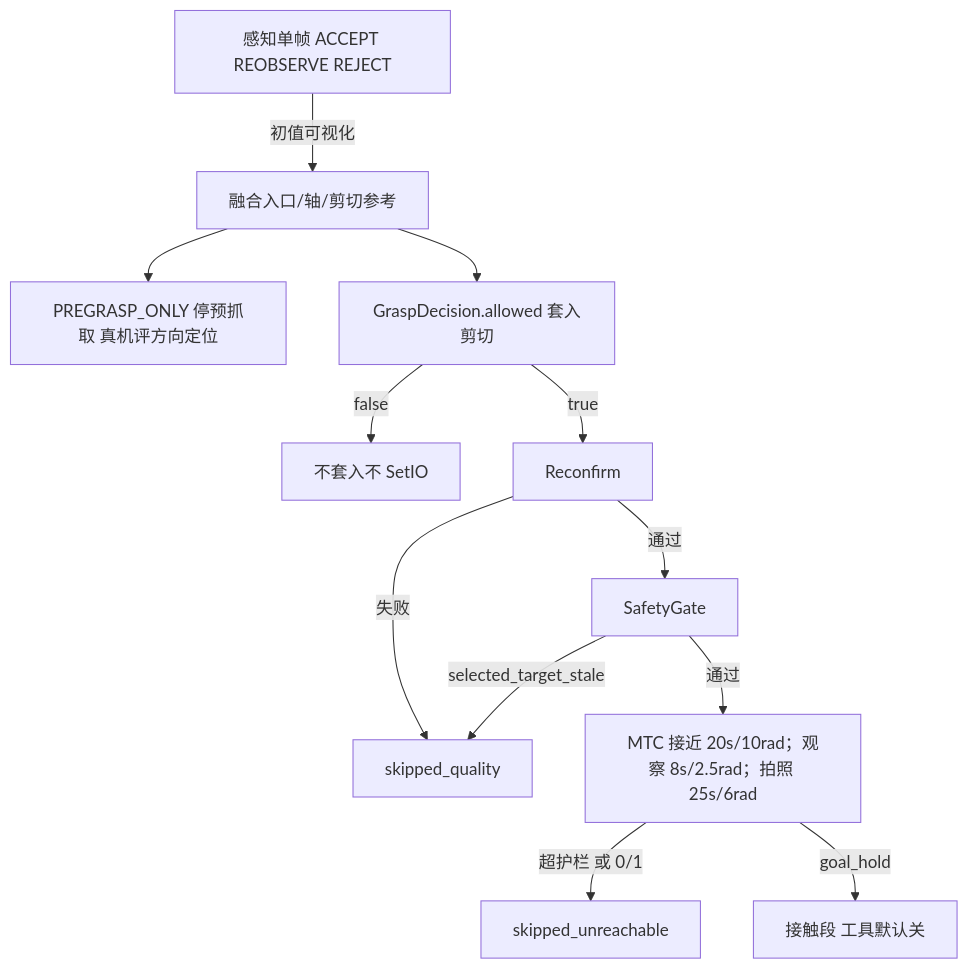
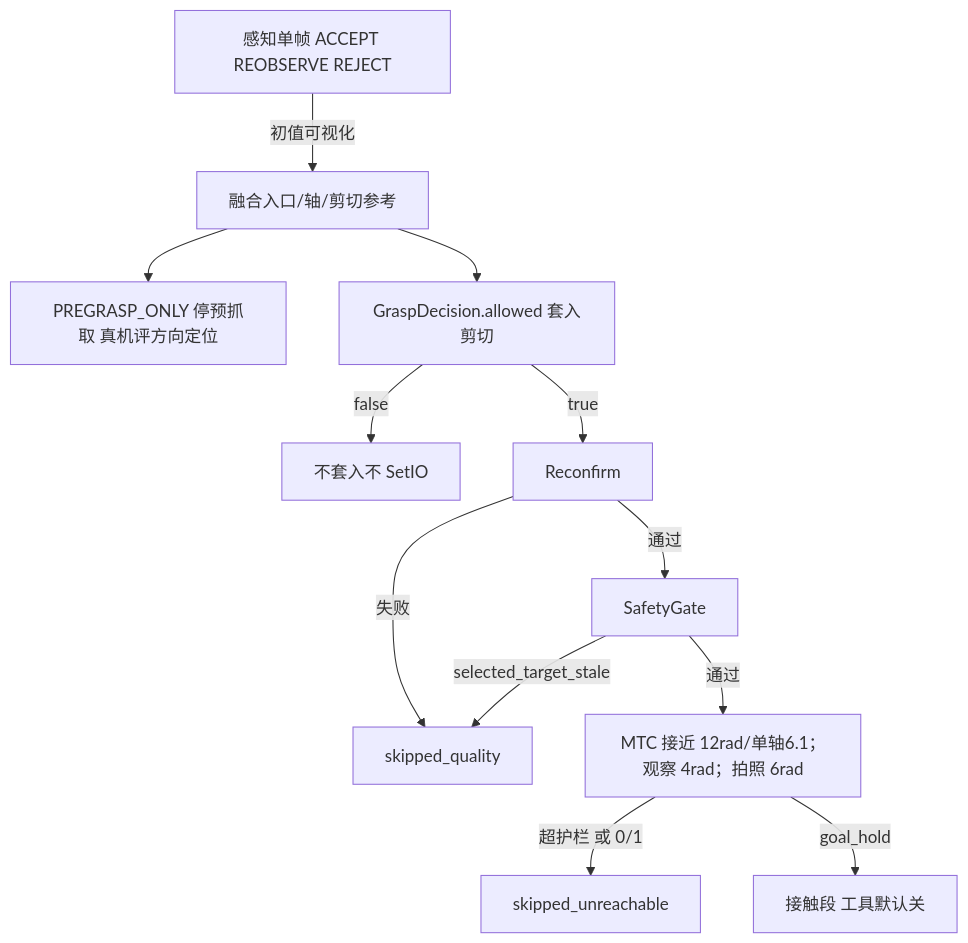
Diagram 12 of 13 in docs/architecture.md (MUHAN11-c/aubo_boot), drawn with Mermaid before and after one commit. The commit also changed other lines of this file and 240 other files, not shown here.

````diff
--- a/docs/architecture.md
+++ b/docs/architecture.md
@@ -496,20 +756,20 @@
 ```mermaid
 flowchart TB
   p3["感知单帧 ACCEPT REOBSERVE REJECT"]
   geom["融合入口/轴/剪切参考"]
   gd["GraspDecision.allowed 套入剪切"]
   rc["Reconfirm"]
   sg["SafetyGate"]
-  mtc["MTC 接近 20s/10rad；观察 8s/2.5rad；拍照 25s/6rad"]
+  mtc["MTC 接近 12rad/单轴6.1；观察 4rad；拍照 6rad"]
   p3 -->|"初值可视化"| geom
   geom --> pre["PREGRASP_ONLY 停预抓取 真机评方向定位"]
   geom --> gd
   gd -->|false| skip0["不套入不 SetIO"]
   gd -->|true| rc
   rc -->|失败| skipQ["skipped_quality"]
   rc -->|通过| sg
   sg -->|selected_target_stale| skipQ
   sg -->|通过| mtc
   mtc -->|超护栏 或 0/1| skipU["skipped_unreachable"]
   mtc -->|goal_hold| contact["接触段 工具默认关"]
 ```
````
